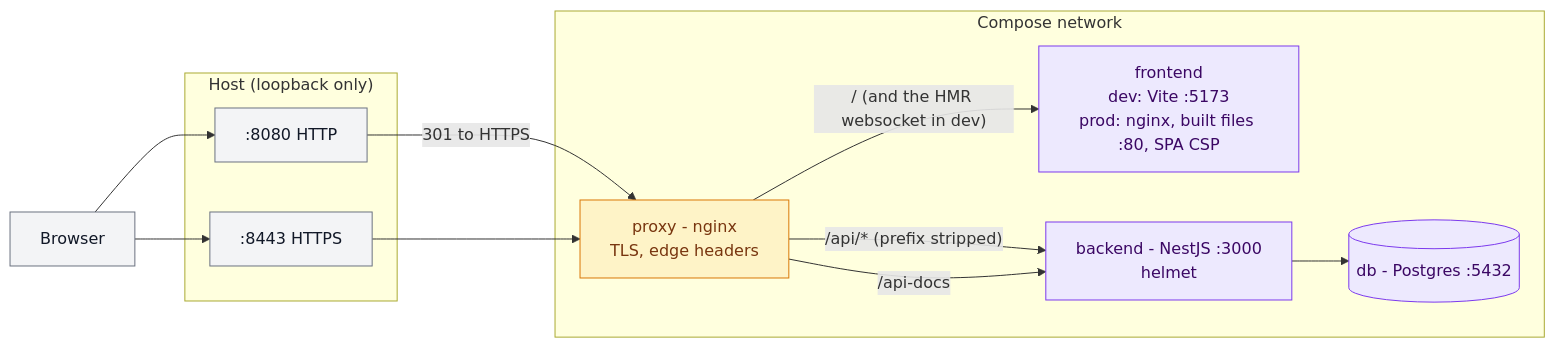
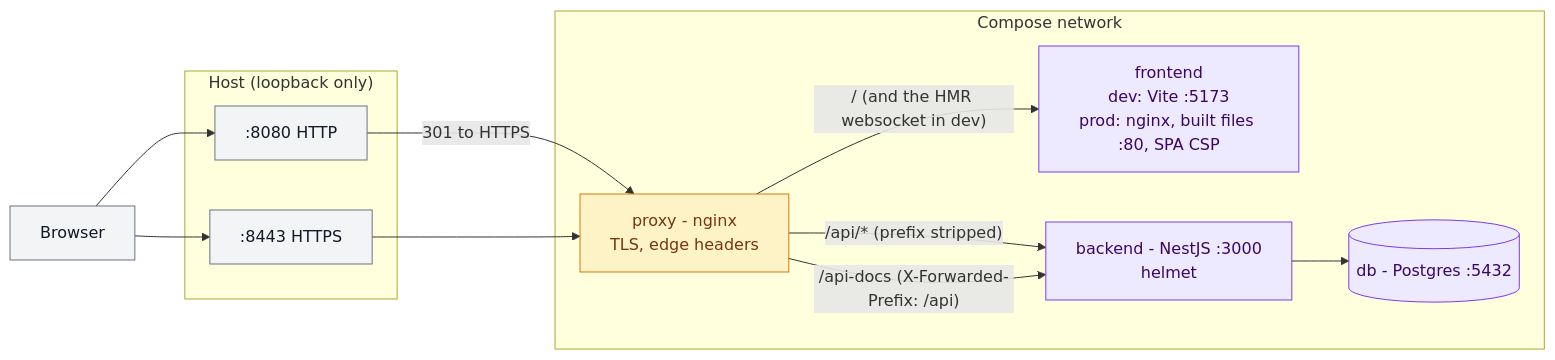
The first of 5 diagrams in docs/diagrams/network.md (kidp8479/42_hypertube), drawn with Mermaid before and after one commit. The commit also changed 3 other files, not shown here.

````diff
--- a/docs/diagrams/network.md
+++ b/docs/diagrams/network.md
@@ -9,31 +9,31 @@
 ```mermaid
 flowchart LR
     browser["Browser"]
 
     subgraph host["Host (loopback only)"]
         p8080[":8080 HTTP"]
         p8443[":8443 HTTPS"]
     end
 
     subgraph net["Compose network"]
         proxy["proxy - nginx<br/>TLS, edge headers"]
         frontend["frontend<br/>dev: Vite :5173<br/>prod: nginx, built files :80, SPA CSP"]
         backend["backend - NestJS :3000<br/>helmet"]
         db[("db - Postgres :5432")]
     end
 
     browser --> p8080 -- "301 to HTTPS" --> proxy
     browser --> p8443 --> proxy
 
     proxy -- "/ (and the HMR websocket in dev)" --> frontend
     proxy -- "/api/* (prefix stripped)" --> backend
-    proxy -- "/api-docs" --> backend
+    proxy -- "/api-docs (X-Forwarded-Prefix: /api)" --> backend
     backend --> db
 
     classDef edge fill:#fef3c7,stroke:#d97706,color:#78350f
     classDef svc fill:#ede9fe,stroke:#7c3aed,color:#3b0764
     classDef ext fill:#f3f4f6,stroke:#6b7280,color:#111827
     class proxy edge
     class frontend,backend,db svc
     class browser,p8080,p8443 ext
 ```
````
